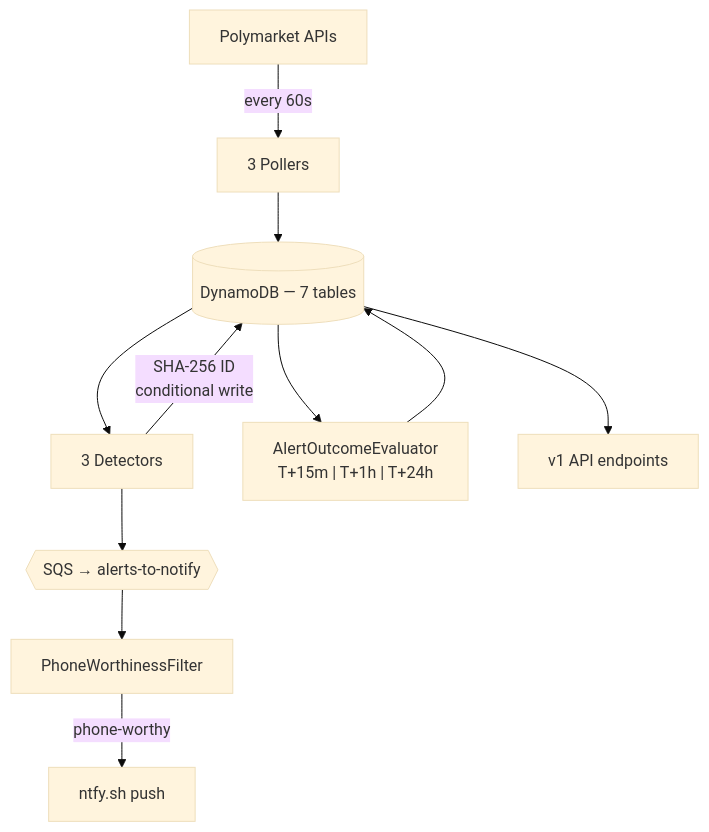
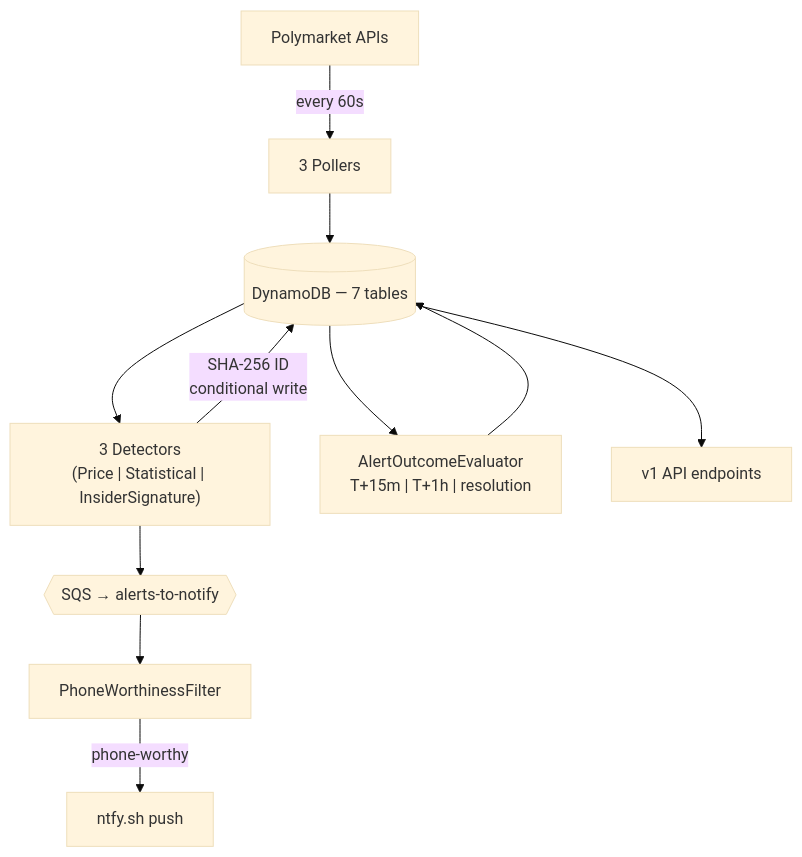
Before and after one commit to leonardholler/polysign: the diagram in README.md, drawn with Mermaid (base theme). The commit also changed other lines of this file and 5 other files, not shown here.

First line of the commit message:
fix(resolutions): surface priceAtAlert from Alert store, fall back to AlertOutcome

````diff
--- a/README.md
+++ b/README.md
@@ -17,14 +32,14 @@
 ```mermaid
 flowchart TD
     src["Polymarket APIs"]
     src -->|"every 60s"| poll["3 Pollers"]
     poll --> db[("DynamoDB — 7 tables")]
-    db --> det["3 Detectors"]
+    db --> det["3 Detectors\n(Price | Statistical | InsiderSignature)"]
     det -->|"SHA-256 ID\nconditional write"| db
     det --> sqs{{"SQS → alerts-to-notify"}}
     sqs --> pw["PhoneWorthinessFilter"]
     pw -->|"phone-worthy"| ntfy["ntfy.sh push"]
-    db --> eval["AlertOutcomeEvaluator\nT+15m | T+1h | T+24h"]
+    db --> eval["AlertOutcomeEvaluator\nT+15m | T+1h | resolution"]
     eval --> db
     db --> api["v1 API endpoints"]
 ```
````
